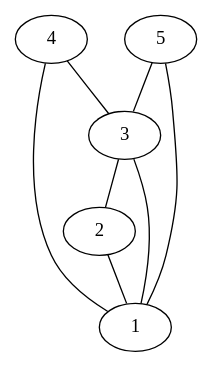
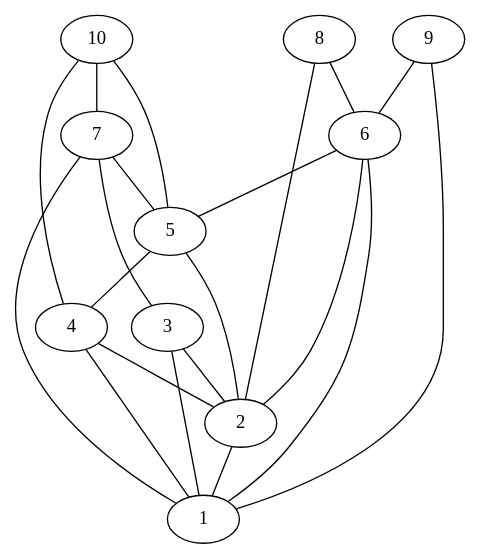
One commit to muellertobias/BaseNodes changed the diagram in graph.gv. Above: the diagram before and after it, drawn with Graphviz. The commit also changed 11 other files, not shown here.

```diff
--- a/graph.gv
+++ b/graph.gv
@@ -1,9 +1,22 @@
 graph G {
 2 -- 1;
+3 -- 1;
 3 -- 2;
-3 -- 1;
-4 -- 3;
 4 -- 1;
-5 -- 1;
-5 -- 3;
+4 -- 2;
+5 -- 2;
+5 -- 4;
+6 -- 5;
+6 -- 1;
+6 -- 2;
+7 -- 1;
+7 -- 3;
+7 -- 5;
+8 -- 6;
+8 -- 2;
+9 -- 1;
+9 -- 6;
+10 -- 7;
+10 -- 5;
+10 -- 4;
 }
```
